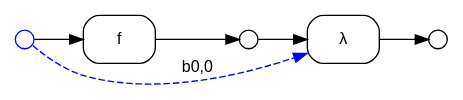
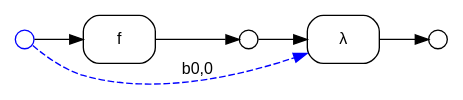
The diagram in example_lambda.dot (ammatsui/bhypvis), drawn with Graphviz before and after one commit. The commit also changed other lines of this file and 759 other files, not shown here.

```diff
--- a/example_lambda.dot
+++ b/example_lambda.dot
@@ -1,25 +1,25 @@
 digraph G {
   fontname="Helvetica"
   fontsize=12
   rankdir=LR;
   node [fontname="Helvetica", fontsize=12];
   edge [fontname="Helvetica", fontsize=12];
 
   // Nodes
-  n2 [label="", shape=circle, style=filled, fillcolor=white, color="black", width=0.2, height=0.2, fixedsize=true];
   n0 [label="", shape=circle, style=filled, fillcolor=white, color="blue", width=0.2, height=0.2, fixedsize=true];
   n1 [label="", shape=circle, style=filled, fillcolor=white, color="black", width=0.2, height=0.2, fixedsize=true];
+  n2 [label="", shape=circle, style=filled, fillcolor=white, color="black", width=0.2, height=0.2, fixedsize=true];
 
   // Hyperedges
   e0 [label="f", shape=box, style=rounded, color="black"];
   e1 [label="λ", shape=box, style=rounded, color="black"];
 
   // Source connections
   n0 -> e0 [label=""];
   n1 -> e1 [label=""];
   n0 -> e1 [style=dashed, color="blue", constraint=false, label="b0,0"];
 
   // Target connections
   e0 -> n1 [label=""];
   e1 -> n2 [label=""];
 }
```
